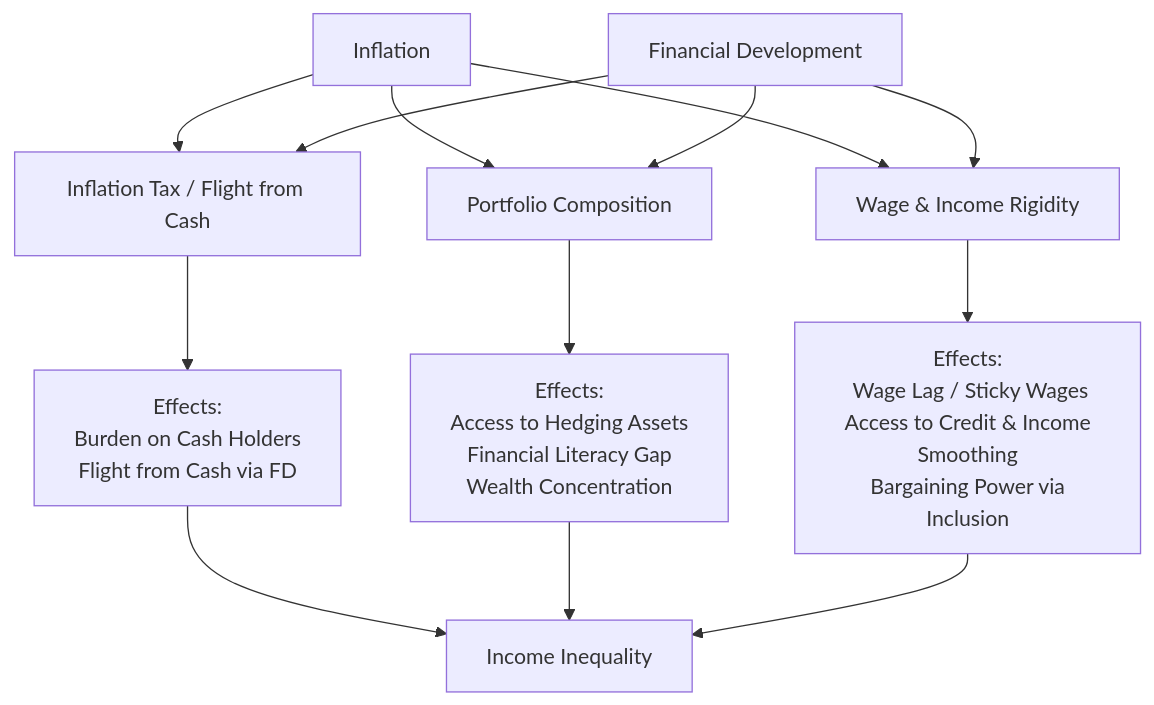
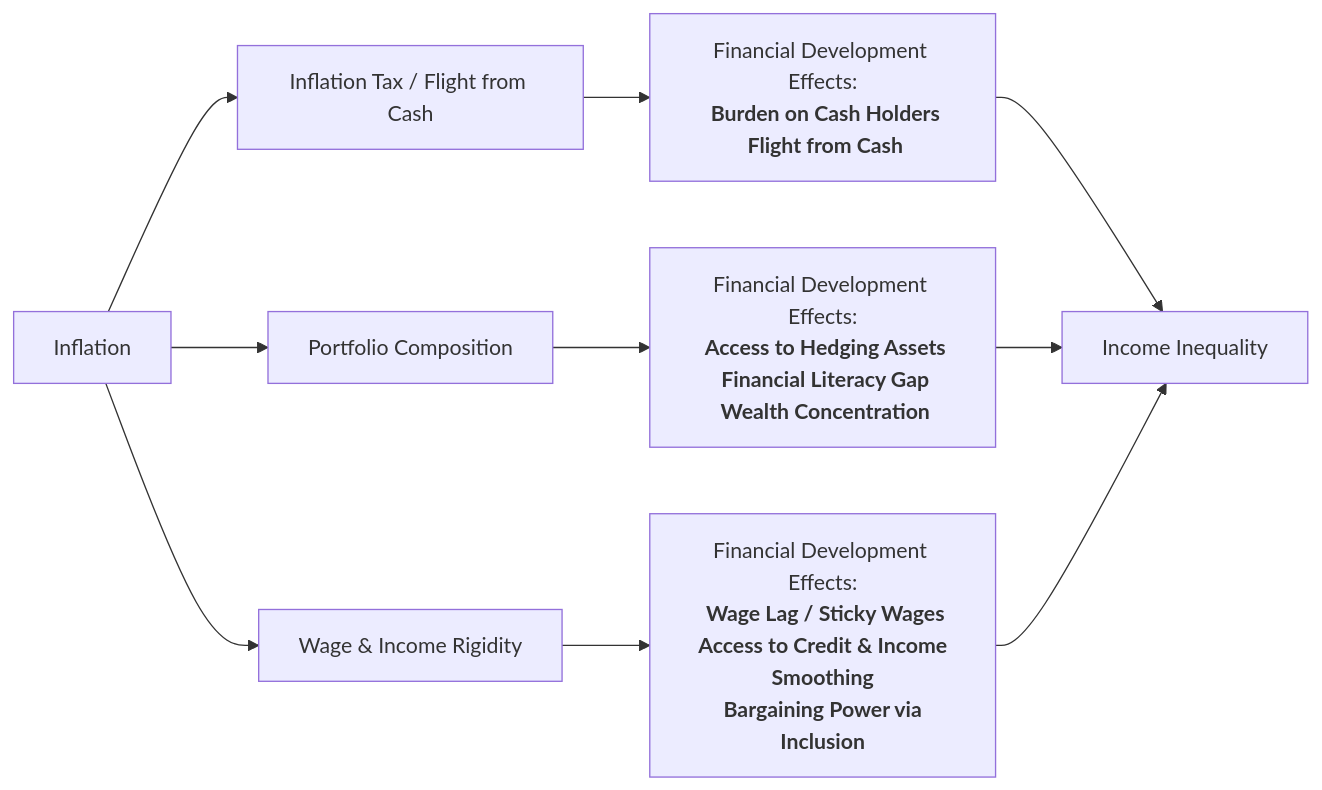
The diagram in FD-Inq&Inf.md (Aboutorabi/FD-Inq-Inf.md), drawn with Mermaid before and after one commit.

````diff
--- a/FD-Inq&Inf.md
+++ b/FD-Inq&Inf.md
@@ -1,29 +1,20 @@
 ```mermaid
-flowchart TB
-    FD["Financial Development"]
-    INF["Inflation"]
-    INEQ["Income Inequality"]
+flowchart LR
+    F["Inflation"]
 
     %% Channels
-    IT["Inflation Tax / Flight from Cash"]
-    PC["Portfolio Composition"]
-    WR["Wage & Income Rigidity"]
+    A["Inflation Tax / Flight from Cash"]
+    B["Portfolio Composition"]
+    C["Wage & Income Rigidity"]
 
-    %% IT Effects
-    IT_sub["Effects:</br> Burden on Cash Holders</br> Flight from Cash via FD"]
-    
-    %% PC Effects
-    PC_sub["Effects:</br> Access to Hedging Assets</br> Financial Literacy Gap</br> Wealth Concentration"]
-
-    %% WR Effects
-    WR_sub["Effects:</br> Wage Lag / Sticky Wages</br> Access to Credit & Income Smoothing</br> Bargaining Power via Inclusion"]
+    %% Financial Development Effects (multiline, single line per item)
+    A_sub["Financial Development Effects:<b></br> Burden on Cash Holders</br> Flight from Cash"]
+    B_sub["Financial Development Effects:<b></br> Access to Hedging Assets</br> Financial Literacy Gap</br> Wealth Concentration"]
+    C_sub["Financial Development Effects:<b></br> Wage Lag / Sticky Wages</br> Access to Credit & Income Smoothing</br> Bargaining Power via Inclusion"]
 
     %% Flow connections
-    INF --> IT --> IT_sub --> INEQ
-    FD --> IT
-    INF --> PC --> PC_sub --> INEQ
-    FD --> PC
-    INF --> WR --> WR_sub --> INEQ
-    FD --> WR
+    F --> A --> A_sub --> G["Income Inequality"]
+    F --> B --> B_sub --> G
+    F --> C --> C_sub --> G
 
 ```
````
